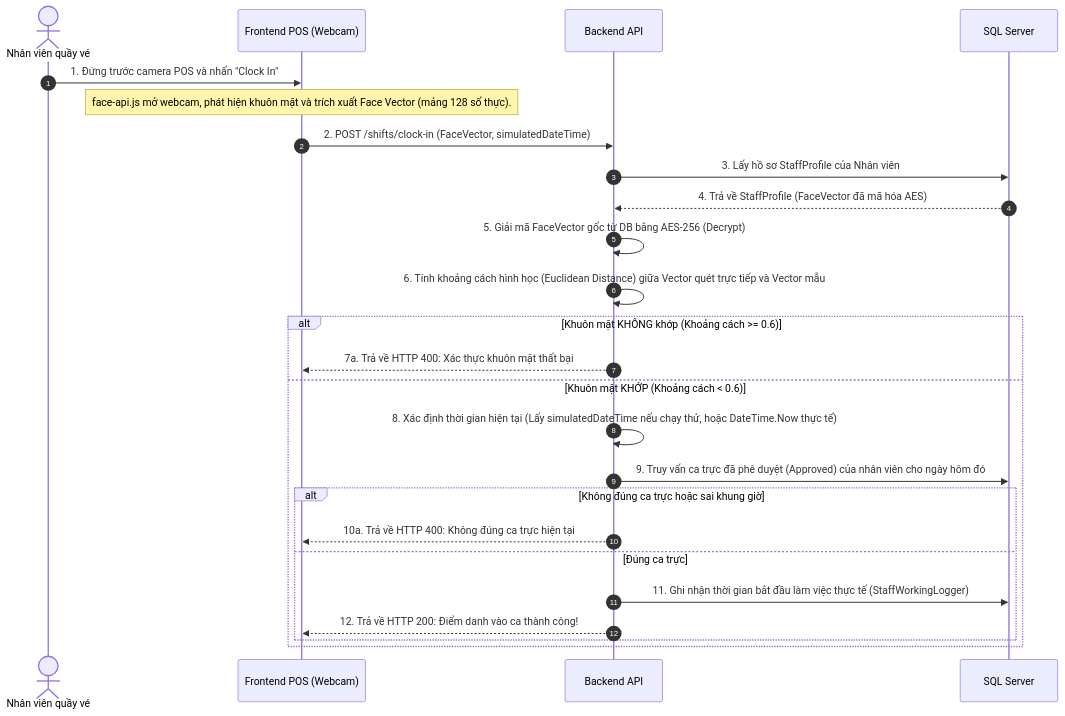
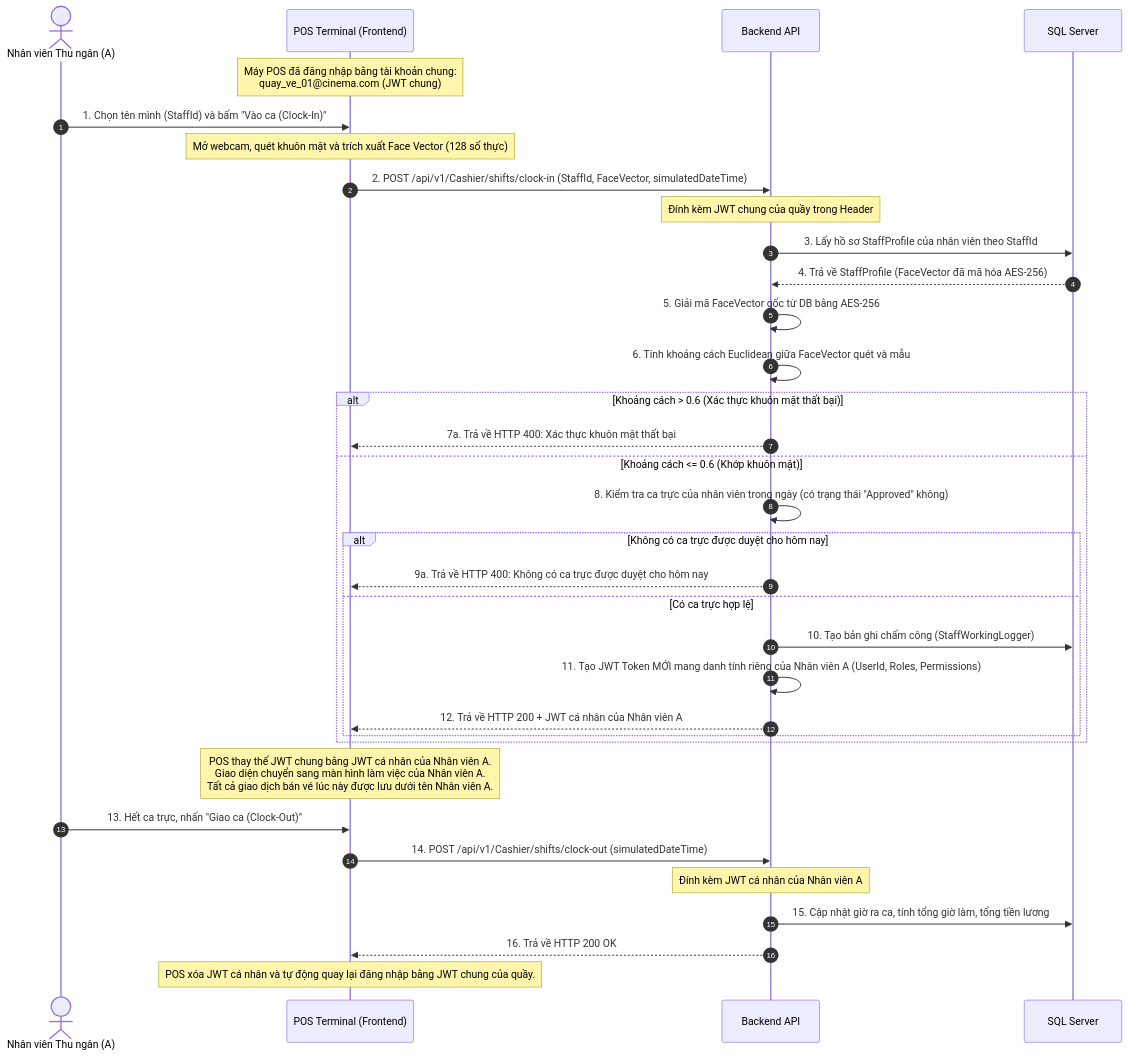
The diagram in docs/dev/implementation_plan.md (duc19092005/galaxiad-cinema-core), drawn with Mermaid before and after one commit. The commit also changed other lines of this file and 40 other files, not shown here.

Commit message:
feat: implement JWT permissions, Redis Lock, Face Clock-In, SSE notifications, Payroll, and Geolocation Nearest Cinemas

````diff
--- a/docs/dev/implementation_plan.md
+++ b/docs/dev/implementation_plan.md
@@ -77,28 +42,44 @@
 ```mermaid
 sequenceDiagram
     autonumber
-    actor Staff as Nhân viên quầy vé
-    participant FE as Frontend POS (Webcam)
+    actor Staff as Nhân viên Thu ngân (A)
+    participant POS as POS Terminal (Frontend)
     participant BE as Backend API
     participant DB as SQL Server
 
-    Staff->>FE: 1. Đứng trước camera POS và nhấn "Clock In"
-    Note over FE: face-api.js mở webcam, phát hiện khuôn mặt và trích xuất Face Vector (mảng 128 số thực).
-    FE->>BE: 2. POST /shifts/clock-in (FaceVector, simulatedDateTime)
-    BE->>DB: 3. Lấy hồ sơ StaffProfile của Nhân viên
-    DB-->>BE: 4. Trả về StaffProfile (FaceVector đã mã hóa AES)
-    BE->>BE: 5. Giải mã FaceVector gốc từ DB bằng AES-256 (Decrypt)
-    BE->>BE: 6. Tính khoảng cách hình học (Euclidean Distance) giữa Vector quét trực tiếp và Vector mẫu
-    alt Khuôn mặt KHÔNG khớp (Khoảng cách >= 0.6)
-        BE-->>FE: 7a. Trả về HTTP 400: Xác thực khuôn mặt thất bại
-    else Khuôn mặt KHỚP (Khoảng cách < 0.6)
-        BE->>BE: 8. Xác định thời gian hiện tại (Lấy simulatedDateTime nếu chạy thử, hoặc DateTime.Now thực tế)
-        BE->>DB: 9. Truy vấn ca trực đã phê duyệt (Approved) của nhân viên cho ngày hôm đó
-        alt Không đúng ca trực hoặc sai khung giờ
-            BE-->>FE: 10a. Trả về HTTP 400: Không đúng ca trực hiện tại
-        else Đúng ca trực
-            BE->>DB: 11. Ghi nhận thời gian bắt đầu làm việc thực tế (StaffWorkingLogger)
-            BE-->>FE: 12. Trả về HTTP 200: Điểm danh vào ca thành công!
+    Note over POS: Máy POS đã đăng nhập bằng tài khoản chung:<br/>quay_ve_01@cinema.com (JWT chung)
+    
+    Staff->>POS: 1. Chọn tên mình (StaffId) và bấm "Vào ca (Clock-In)"
+    Note over POS: Mở webcam, quét khuôn mặt và trích xuất Face Vector (128 số thực)
+    
+    POS->>BE: 2. POST /api/v1/Cashier/shifts/clock-in (StaffId, FaceVector, simulatedDateTime)
+    Note over BE: Đính kèm JWT chung của quầy trong Header
+    
+    BE->>DB: 3. Lấy hồ sơ StaffProfile của nhân viên theo StaffId
+    DB-->>BE: 4. Trả về StaffProfile (FaceVector đã mã hóa AES-256)
+    
+    BE->>BE: 5. Giải mã FaceVector gốc từ DB bằng AES-256
+    BE->>BE: 6. Tính khoảng cách Euclidean giữa FaceVector quét và mẫu
+    
+    alt Khoảng cách > 0.6 (Xác thực khuôn mặt thất bại)
+        BE-->>POS: 7a. Trả về HTTP 400: Xác thực khuôn mặt thất bại
+    else Khoảng cách <= 0.6 (Khớp khuôn mặt)
+        BE->>BE: 8. Kiểm tra ca trực của nhân viên trong ngày (có trạng thái "Approved" không)
+        alt Không có ca trực được duyệt cho hôm nay
+            BE-->>POS: 9a. Trả về HTTP 400: Không có ca trực được duyệt cho hôm nay
+        else Có ca trực hợp lệ
+            BE->>DB: 10. Tạo bản ghi chấm công (StaffWorkingLogger)
+            BE->>BE: 11. Tạo JWT Token MỚI mang danh tính riêng của Nhân viên A (UserId, Roles, Permissions)
+            BE-->>POS: 12. Trả về HTTP 200 + JWT cá nhân của Nhân viên A
         end
     end
+    
+    Note over POS: POS thay thế JWT chung bằng JWT cá nhân của Nhân viên A.<br/>Giao diện chuyển sang màn hình làm việc của Nhân viên A.<br/>Tất cả giao dịch bán vé lúc này được lưu dưới tên Nhân viên A.
+    
+    Staff->>POS: 13. Hết ca trực, nhấn "Giao ca (Clock-Out)"
+    POS->>BE: 14. POST /api/v1/Cashier/shifts/clock-out (simulatedDateTime)
+    Note over BE: Đính kèm JWT cá nhân của Nhân viên A
+    BE->>DB: 15. Cập nhật giờ ra ca, tính tổng giờ làm, tổng tiền lương
+    BE-->>POS: 16. Trả về HTTP 200 OK
+    Note over POS: POS xóa JWT cá nhân và tự động quay lại đăng nhập bằng JWT chung của quầy.
 ```
````
